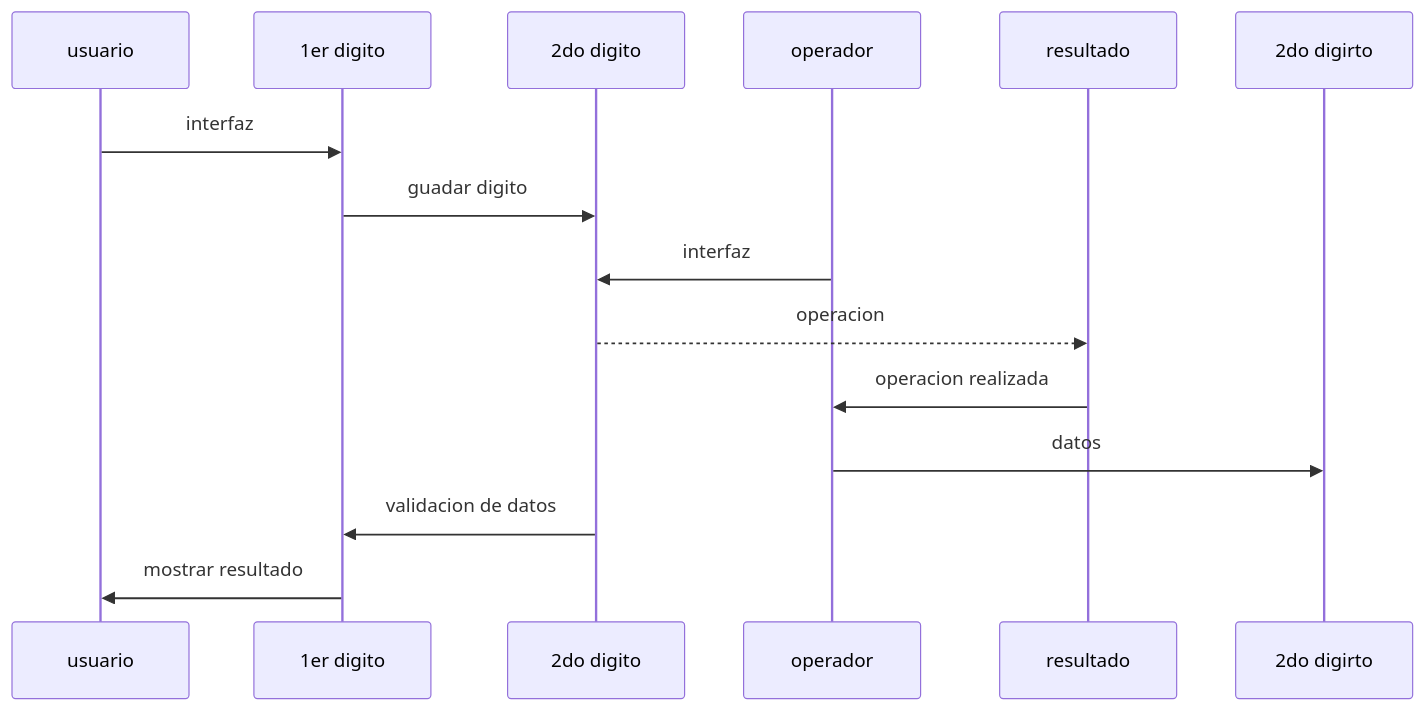
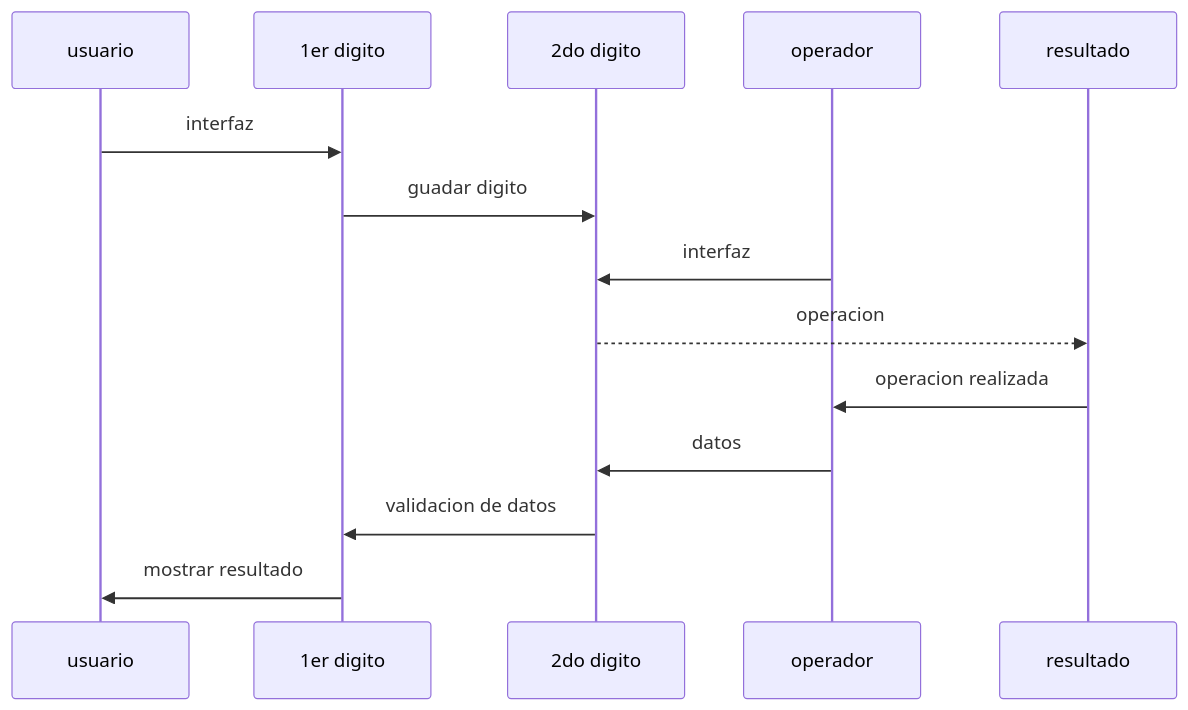
One commit to PaolaVPV/diagrama changed the diagram in README.md. Above: the diagram before and after it, drawn with Mermaid.

````diff
--- a/README.md
+++ b/README.md
@@ -3,11 +3,11 @@
 ```mermaid
 sequenceDiagram
     usuario->>1er digito: interfaz
     1er digito->>2do digito: guadar digito
     operador->>2do digito: interfaz
     2do digito-->>resultado: operacion
     resultado->>operador: operacion realizada
-    operador->>2do digirto: datos
+    operador->>2do digito: datos
     2do digito->>1er digito: validacion de datos
     1er digito->>usuario: mostrar resultado 
 ```
````
